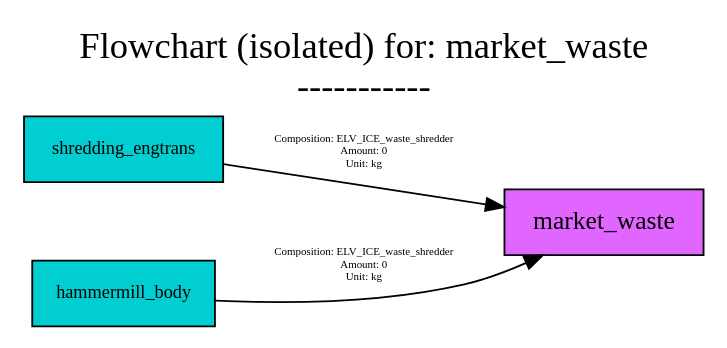
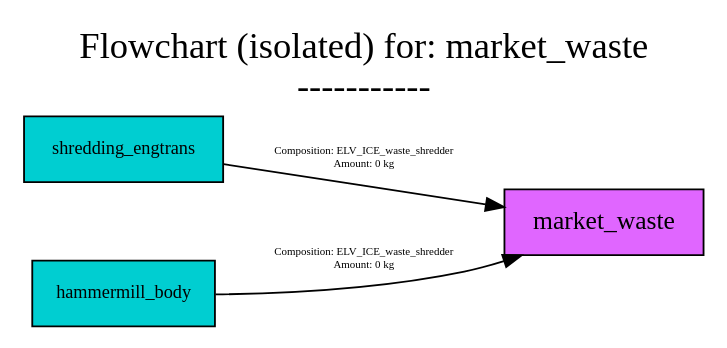
One commit to FutuRaM-Project/Recovery-Model changed the diagram in src/examples/ELV/figures/flowcharts/processes/dot/market_waste.dot. Above: the diagram before and after it, drawn with Graphviz. The commit also changed 177 other files, not shown here.

```diff
--- a/src/examples/ELV/figures/flowcharts/processes/dot/market_waste.dot
+++ b/src/examples/ELV/figures/flowcharts/processes/dot/market_waste.dot
@@ -1,58 +1,56 @@
 digraph {
 	graph [bb="0,0,345,167",
 		font=Cabin,
 		fontname=Cabin,
 		fontsize=20,
 		label="Flowchart (isolated) for: market_waste
 -----------",
 		labeljust=c,
 		labelloc=tc,
 		lheight=0.61,
 		lp="172.5,141",
 		lwidth=4.49,
 		nodesep=0.6,
 		rankdir=LR,
 		ranksep=0.6
 	];
 	node [label="\N"];
 	market_waste	[fillcolor=mediumorchid1,
 		fontname=Cabin,
 		fontsize=14,
 		height=0.5,
 		pos="294.5,57",
 		shape=box,
 		style=filled,
 		width=1.4028];
 	shredding_engtrans	[fillcolor=darkturquoise,
 		fontname=Cabin,
 		fontsize=10,
 		height=0.5,
 		pos="50,97",
 		shape=box,
 		style=filled,
 		width=1.3889];
 	shredding_engtrans -> market_waste	[color=black,
 		fontname=Cabin,
 		fontsize=6,
 		label="Composition: ELV_ICE_waste_shredder
-Amount: 0 
-Unit: kg",
-		lp="172,95.5",
+Amount: 0 kg",
+		lp="172,92",
 		pos="e,243.67,65.22 100.07,88.905 138.69,82.536 192.65,73.635 233.77,66.852"];
 	hammermill_body	[fillcolor=darkturquoise,
 		fontname=Cabin,
 		fontsize=10,
 		height=0.5,
 		pos="50,18",
 		shape=box,
 		style=filled,
 		width=1.3194];
 	hammermill_body -> market_waste	[color=black,
 		fontname=Cabin,
 		fontsize=6,
 		label="Composition: ELV_ICE_waste_shredder
-Amount: 0 
-Unit: kg",
-		lp="172,33.5",
-		pos="e,262.86,38.998 97.771,14.228 132.53,12.656 180.86,13.081 222,23 232.63,25.563 243.56,29.818 253.58,34.465"];
+Amount: 0 kg",
+		lp="172,37",
+		pos="e,251.77,38.925 97.604,17.636 132.28,18.238 180.57,20.929 222,30 228.62,31.449 235.44,33.395 242.12,35.58"];
 }
```
